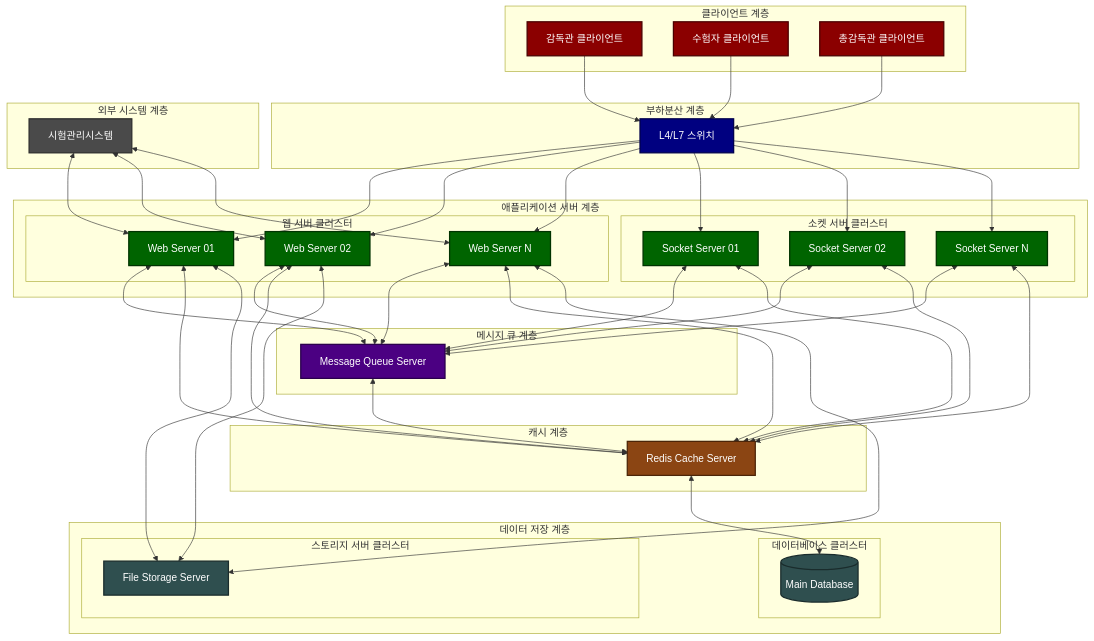
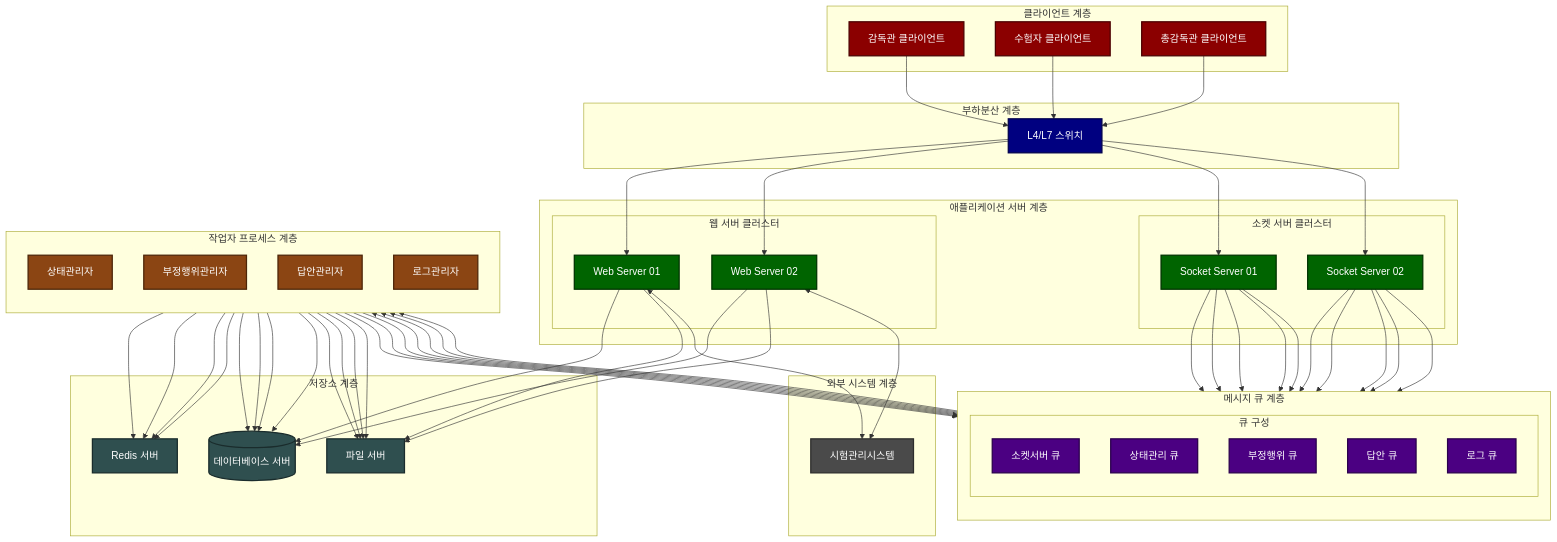
One commit to ldmrepo/exam-arch changed the diagram in 시스템설계/01 시스템 아키텍처.md. Above: the diagram before and after it, drawn with Mermaid. The commit also changed other lines of this file and 14 other files, not shown here.

````diff
--- a/시스템설계/01 시스템 아키텍처.md
+++ b/시스템설계/01 시스템 아키텍처.md
@@ -35,71 +14,89 @@
         subgraph WebServer["웹 서버 클러스터"]
             W1[Web Server 01]
             W2[Web Server 02]
-            W3[Web Server N]
         end
 
         subgraph SocketServer["소켓 서버 클러스터"]
             S1[Socket Server 01]
             S2[Socket Server 02]
-            S3[Socket Server N]
         end
     end
 
     subgraph QueueServer["메시지 큐 계층"]
-        Q1[Message Queue Server]
+        direction TB
+        subgraph Queues[큐 구성]
+            Q1[소켓서버 큐]
+            Q2[상태관리 큐]
+            Q3[부정행위 큐]
+            Q4[답안 큐]
+            Q5[로그 큐]
+        end
     end
 
-    subgraph CacheServer["캐시 계층"]
-        R1[Redis Cache Server]
+    subgraph Workers["작업자 프로세스 계층"]
+        direction TB
+        W4[상태관리자]
+        W5[부정행위관리자]
+        W6[답안관리자]
+        W7[로그관리자]
     end
 
-    subgraph DataStore["데이터 저장 계층"]
-        subgraph Database["데이터베이스 클러스터"]
-            M1[(Main Database)]
-        end
-
-        subgraph StorageServer["스토리지 서버 클러스터"]
-            F1[File Storage Server]
-        end
+    subgraph Storage["저장소 계층"]
+        R1[Redis 서버]
+        M1[(데이터베이스 서버)]
+        F1[파일 서버]
     end
 
     subgraph ExternalSystem["외부 시스템 계층"]
         E1[시험관리시스템]
     end
 
+    %% 클라이언트 연결
     B1 & B2 & B3 --> LB
-    LB --> W1 & W2 & W3
-    LB --> S1 & S2 & S3
+    LB --> W1 & W2
+    LB --> S1 & S2
 
-    W1 & W2 & W3 <--> Q1
-    S1 & S2 & S3 <--> Q1
+    %% 소켓서버 연결
+    S1 & S2 --> Q1
+    S1 & S2 --> Q2
+    S1 & S2 --> Q3
+    S1 & S2 --> Q4
+    S1 & S2 --> Q5
 
-    Q1 <--> R1
+    %% 작업자 큐 구독
+    Q2 --> W4
+    Q3 --> W5
+    Q4 --> W6
+    Q5 --> W7
 
-    W1 & W2 & W3 <--> R1
-    S1 & S2 & S3 <--> R1
+    %% 작업자 상태 전파
+    W4 & W5 & W6 --> Q1
 
-    R1 <--> M1
+    %% 저장소 연결
+    W4 & W5 & W6 & W7 --> R1
+    W4 & W5 & W6 & W7 --> M1
+    W4 & W5 & W6 & W7 --> F1
 
-    W1 & W2 & W3 <--> F1
+    %% 웹서버 연결
+    W1 & W2 --> M1
+    W1 & W2 --> F1
+    W1 & W2 <--> E1
 
-    E1 <--> W1 & W2 & W3
-
-    %% 표준 다크 색상 정의
-    classDef clientLayer fill:#8B0000,color:#fff,stroke:#4A0000,stroke-width:2px
-    classDef loadBalancer fill:#000080,color:#fff,stroke:#00004C,stroke-width:2px
-    classDef appServer fill:#006400,color:#fff,stroke:#003300,stroke-width:2px
-    classDef queueServer fill:#4B0082,color:#fff,stroke:#2A004C,stroke-width:2px
-    classDef cacheServer fill:#8B4513,color:#fff,stroke:#4C2508,stroke-width:2px
-    classDef dataStore fill:#2F4F4F,color:#fff,stroke:#1A2C2C,stroke-width:2px
+    %% 스타일 정의
+    classDef client fill:#8B0000,color:#fff,stroke:#4A0000,stroke-width:2px
+    classDef lb fill:#000080,color:#fff,stroke:#00004C,stroke-width:2px
+    classDef app fill:#006400,color:#fff,stroke:#003300,stroke-width:2px
+    classDef queue fill:#4B0082,color:#fff,stroke:#2A004C,stroke-width:2px
+    classDef worker fill:#8B4513,color:#fff,stroke:#4C2508,stroke-width:2px
+    classDef storage fill:#2F4F4F,color:#fff,stroke:#1A2C2C,stroke-width:2px
     classDef external fill:#4A4A4A,color:#fff,stroke:#2D2D2D,stroke-width:2px
 
-    %% 클래스 적용
-    class B1,B2,B3 clientLayer
-    class LB loadBalancer
-    class W1,W2,W3,S1,S2,S3 appServer
-    class Q1 queueServer
-    class R1 cacheServer
-    class M1,F1 dataStore
+    %% 스타일 적용
+    class B1,B2,B3 client
+    class LB lb
+    class W1,W2,S1,S2 app
+    class Q1,Q2,Q3,Q4,Q5 queue
+    class W4,W5,W6,W7 worker
+    class R1,M1,F1 storage
     class E1 external
 ```
````
